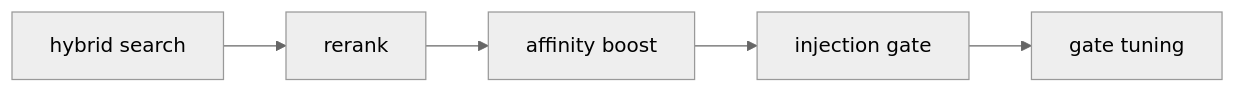
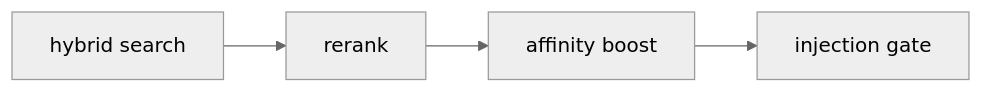
One commit to r-spade/ormah changed the diagram in docs/09 - Affinity and Feedback.md. Above: the diagram before and after it, drawn with Mermaid (neutral theme). The commit also changed other lines of this file and 11 other files, not shown here.

````diff
--- a/docs/09 - Affinity and Feedback.md
+++ b/docs/09 - Affinity and Feedback.md
@@ -139,7 +139,6 @@
 ```mermaid
 flowchart LR
     SEARCH[hybrid search] --> RERANK[rerank]
     RERANK --> AFF[affinity boost]
     AFF --> GATE[injection gate]
-    GATE --> TUNE[gate tuning]
 ```
````
